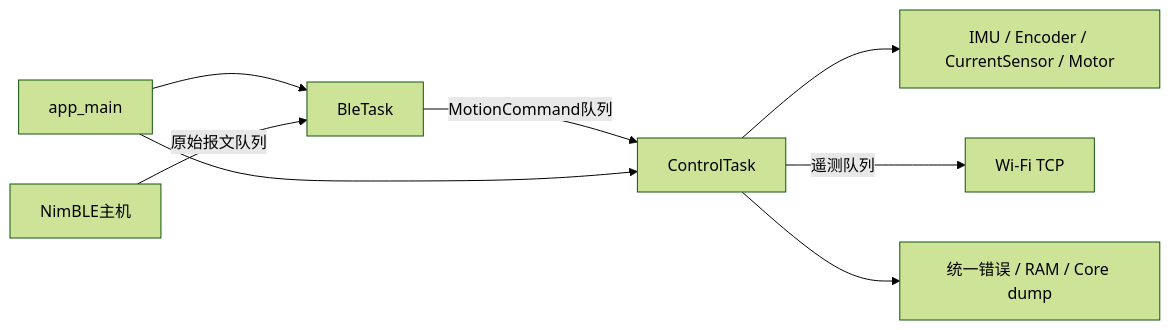
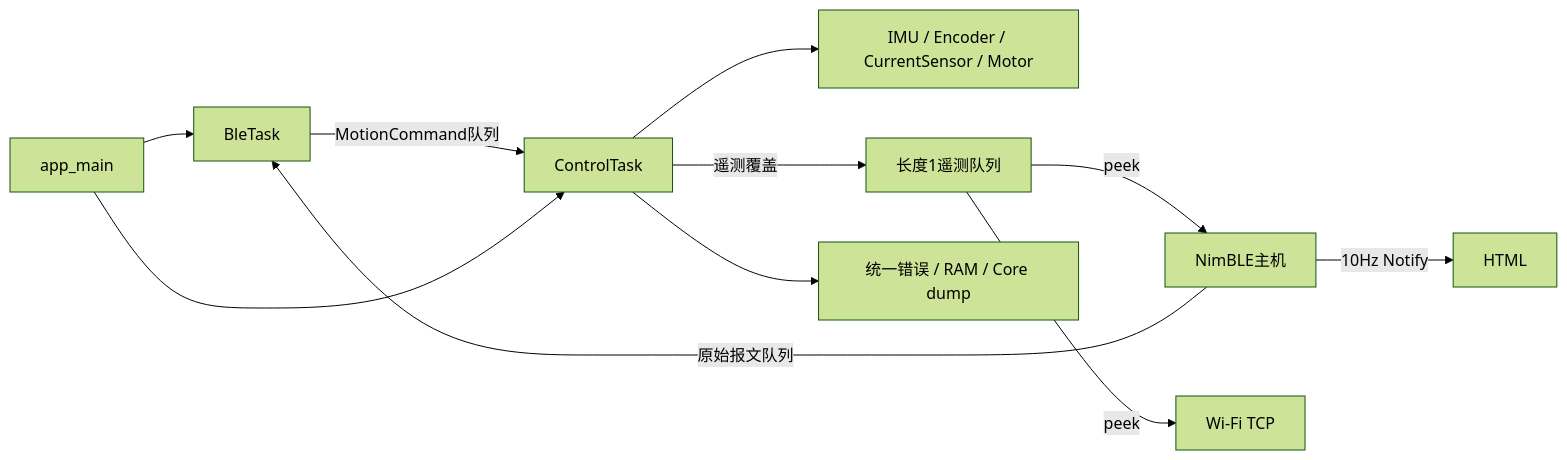
One commit to welldone987/FOC_ESPIDF_balance_vehicle changed the third of 5 diagrams in docs/ADR-docs/architecture.md. Above: the diagram before and after it, drawn with Mermaid (forest theme). The commit also changed other lines of this file and 19 other files, not shown here.

````diff
--- a/docs/ADR-docs/architecture.md
+++ b/docs/ADR-docs/architecture.md
@@ -229,10 +229,13 @@
 ```mermaid
 flowchart LR
     Main[app_main] --> BLE[BleTask]
     Host[NimBLE主机] -->|原始报文队列| BLE
     BLE -->|MotionCommand队列| Control[ControlTask]
     Main --> Control
     Control --> BSP[IMU / Encoder / CurrentSensor / Motor]
-    Control -->|遥测队列| Wifi[Wi-Fi TCP]
+    Control -->|遥测覆盖| Telemetry[长度1遥测队列]
+    Telemetry -->|peek| Host
+    Host -->|10Hz Notify| HTML
+    Telemetry -->|peek| Wifi[Wi-Fi TCP]
     Control --> Diag[统一错误 / RAM / Core dump]
 ```
````
